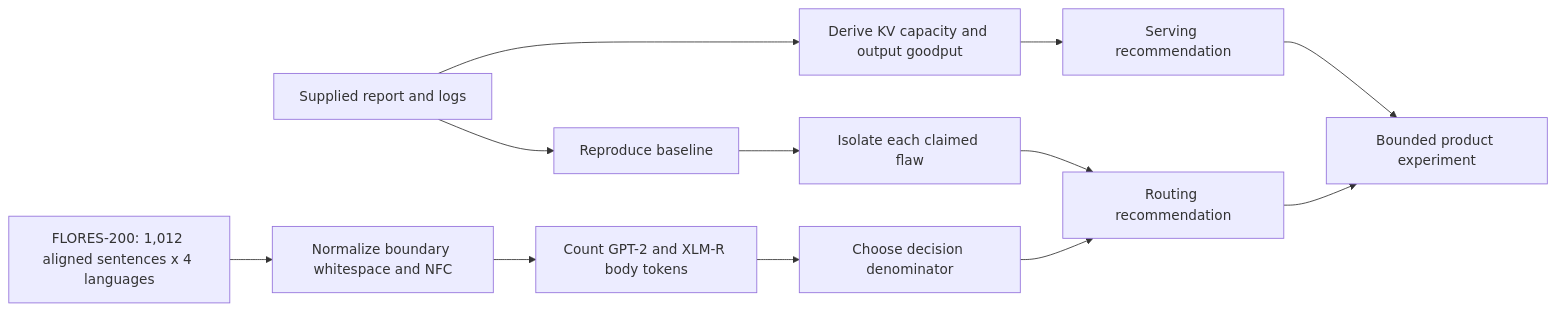
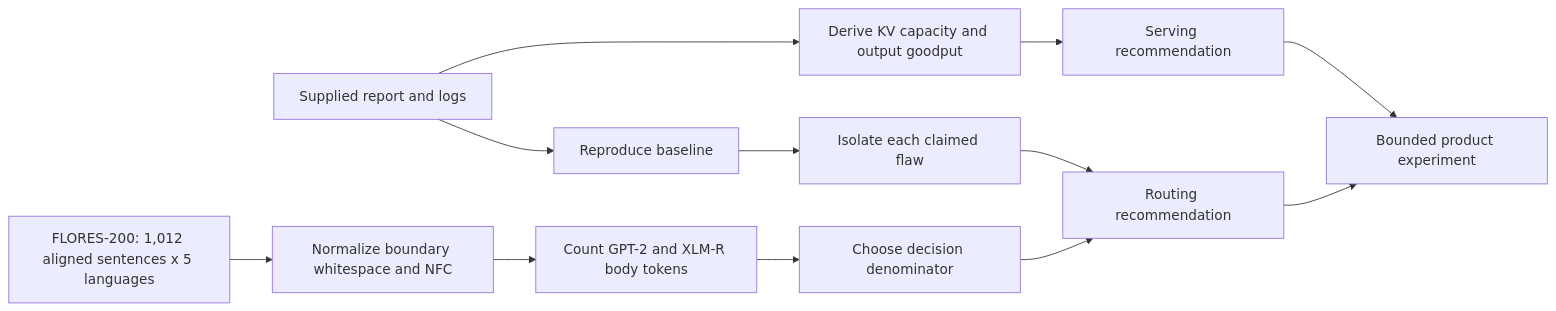
The diagram in README.md (Ramakrishna9-R09/multilingual-llm-systems-audit), drawn with Mermaid before and after one commit. The commit also changed other lines of this file and 14 other files, not shown here.

````diff
--- a/README.md
+++ b/README.md
@@ -34,14 +34,14 @@
 ```mermaid
 flowchart LR
     A[Supplied report and logs] --> B[Reproduce baseline]
-    C[FLORES-200: 1,012 aligned sentences x 4 languages] --> D[Normalize boundary whitespace and NFC]
+    C[FLORES-200: 1,012 aligned sentences x 5 languages] --> D[Normalize boundary whitespace and NFC]
     D --> E[Count GPT-2 and XLM-R body tokens]
     B --> F[Isolate each claimed flaw]
     E --> G[Choose decision denominator]
     A --> H[Derive KV capacity and output goodput]
     F --> I[Routing recommendation]
     G --> I
     H --> J[Serving recommendation]
     I --> K[Bounded product experiment]
     J --> K
 ```
````
